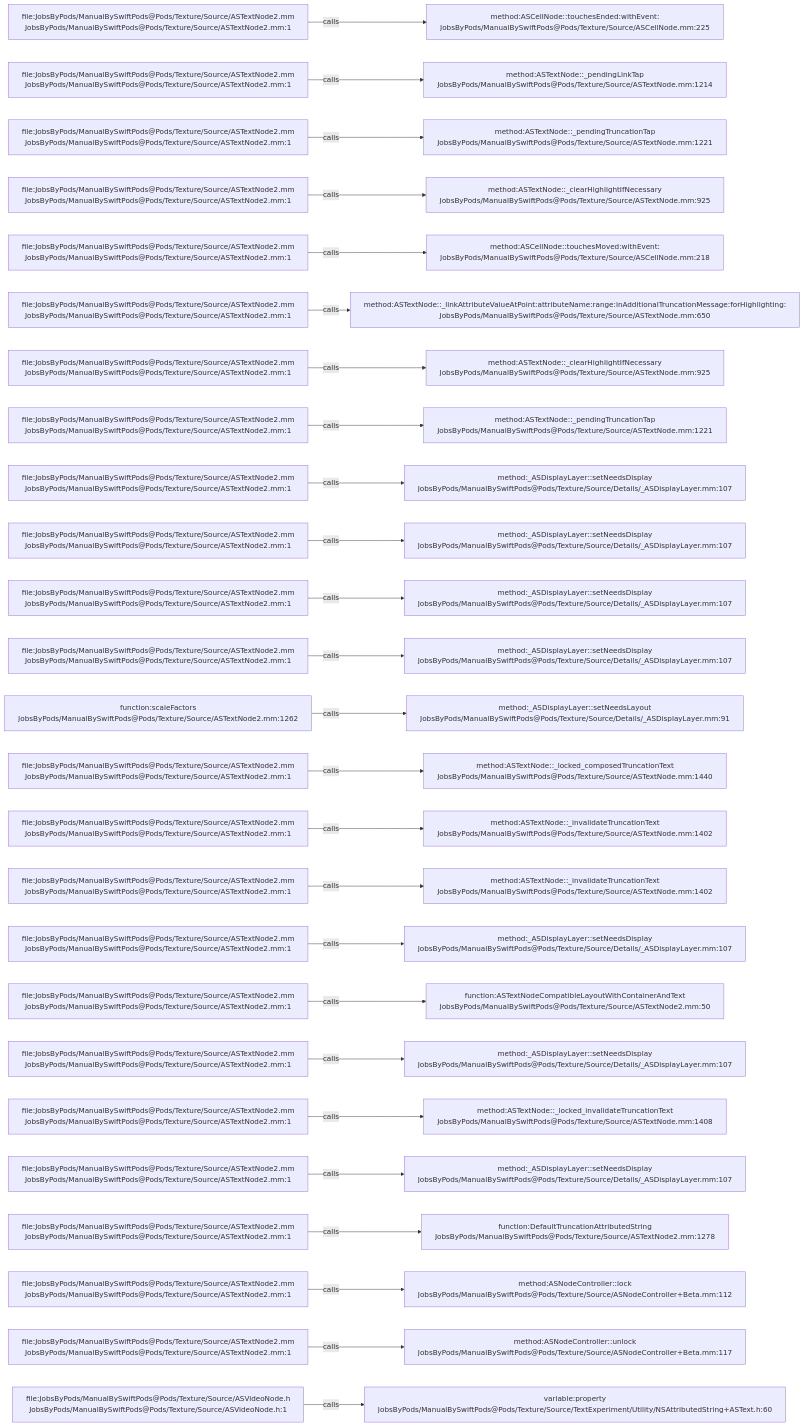
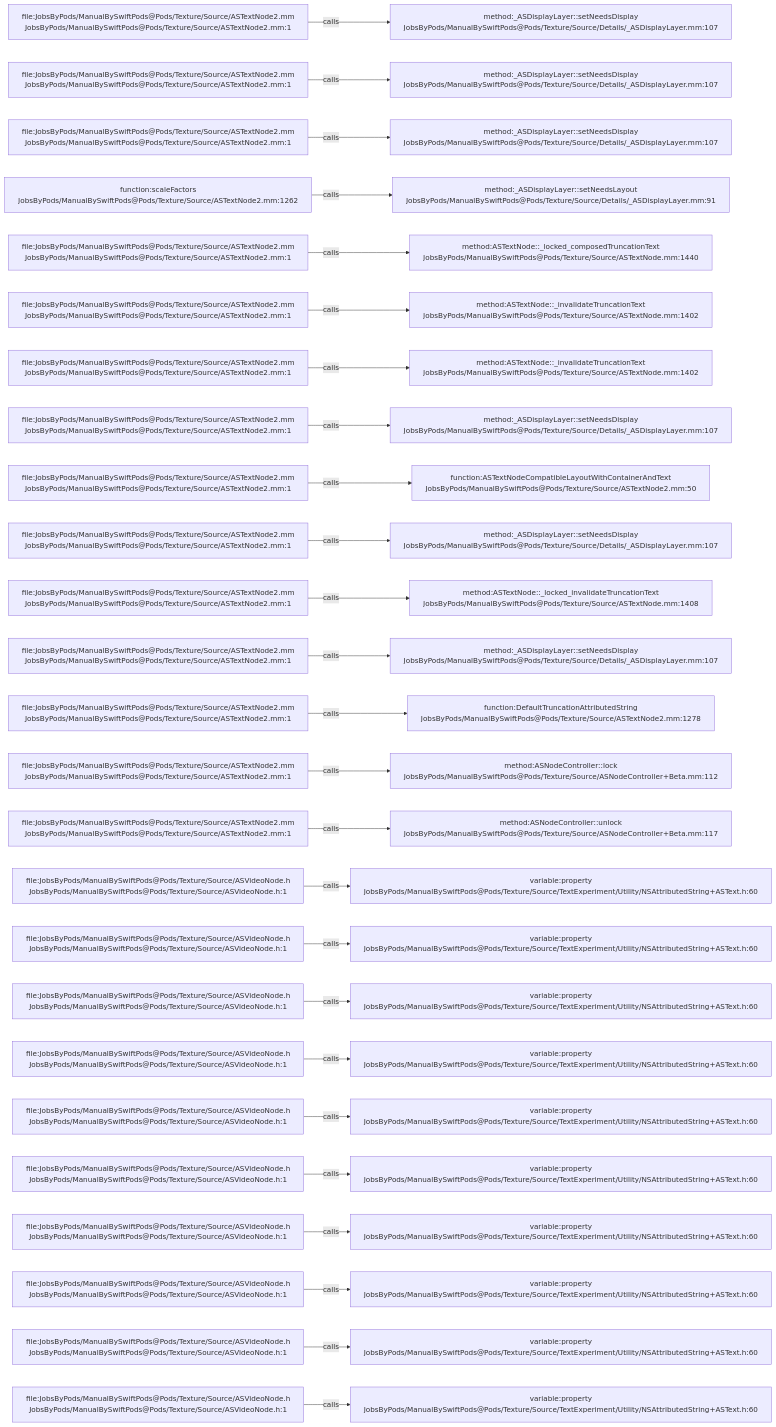
The diagram in .codegraph/codegraph.md/graphs/calls-073.md (JobsKits/JobsSwiftBaseConfigDemo), drawn with Mermaid before and after one commit. The commit also changed 707 other files, not shown here.

````diff
--- a/.codegraph/codegraph.md/graphs/calls-073.md
+++ b/.codegraph/codegraph.md/graphs/calls-073.md
@@ -13,78 +13,78 @@
 ```mermaid
 flowchart LR
   S1["file:JobsByPods/ManualBySwiftPods@Pods/Texture/Source/ASTextNode2.mm<br/>JobsByPods/ManualBySwiftPods@Pods/Texture/Source/ASTextNode2.mm:1"]
-  T1["method:ASCellNode::touchesEnded:withEvent:<br/>JobsByPods/ManualBySwiftPods@Pods/Texture/Source/ASCellNode.mm:225"]
+  T1["method:_ASDisplayLayer::setNeedsDisplay<br/>JobsByPods/ManualBySwiftPods@Pods/Texture/Source/Details/_ASDisplayLayer.mm:107"]
   S1 -->|calls| T1
   S2["file:JobsByPods/ManualBySwiftPods@Pods/Texture/Source/ASTextNode2.mm<br/>JobsByPods/ManualBySwiftPods@Pods/Texture/Source/ASTextNode2.mm:1"]
-  T2["method:ASTextNode::_pendingLinkTap<br/>JobsByPods/ManualBySwiftPods@Pods/Texture/Source/ASTextNode.mm:1214"]
+  T2["method:_ASDisplayLayer::setNeedsDisplay<br/>JobsByPods/ManualBySwiftPods@Pods/Texture/Source/Details/_ASDisplayLayer.mm:107"]
   S2 -->|calls| T2
   S3["file:JobsByPods/ManualBySwiftPods@Pods/Texture/Source/ASTextNode2.mm<br/>JobsByPods/ManualBySwiftPods@Pods/Texture/Source/ASTextNode2.mm:1"]
-  T3["method:ASTextNode::_pendingTruncationTap<br/>JobsByPods/ManualBySwiftPods@Pods/Texture/Source/ASTextNode.mm:1221"]
+  T3["method:_ASDisplayLayer::setNeedsDisplay<br/>JobsByPods/ManualBySwiftPods@Pods/Texture/Source/Details/_ASDisplayLayer.mm:107"]
   S3 -->|calls| T3
-  S4["file:JobsByPods/ManualBySwiftPods@Pods/Texture/Source/ASTextNode2.mm<br/>JobsByPods/ManualBySwiftPods@Pods/Texture/Source/ASTextNode2.mm:1"]
-  T4["method:ASTextNode::_clearHighlightIfNecessary<br/>JobsByPods/ManualBySwiftPods@Pods/Texture/Source/ASTextNode.mm:925"]
+  S4["function:scaleFactors<br/>JobsByPods/ManualBySwiftPods@Pods/Texture/Source/ASTextNode2.mm:1262"]
+  T4["method:_ASDisplayLayer::setNeedsLayout<br/>JobsByPods/ManualBySwiftPods@Pods/Texture/Source/Details/_ASDisplayLayer.mm:91"]
   S4 -->|calls| T4
   S5["file:JobsByPods/ManualBySwiftPods@Pods/Texture/Source/ASTextNode2.mm<br/>JobsByPods/ManualBySwiftPods@Pods/Texture/Source/ASTextNode2.mm:1"]
-  T5["method:ASCellNode::touchesMoved:withEvent:<br/>JobsByPods/ManualBySwiftPods@Pods/Texture/Source/ASCellNode.mm:218"]
+  T5["method:ASTextNode::_locked_composedTruncationText<br/>JobsByPods/ManualBySwiftPods@Pods/Texture/Source/ASTextNode.mm:1440"]
   S5 -->|calls| T5
   S6["file:JobsByPods/ManualBySwiftPods@Pods/Texture/Source/ASTextNode2.mm<br/>JobsByPods/ManualBySwiftPods@Pods/Texture/Source/ASTextNode2.mm:1"]
-  T6["method:ASTextNode::_linkAttributeValueAtPoint:attributeName:range:inAdditionalTruncationMessage:forHighlighting:<br/>JobsByPods/ManualBySwiftPods@Pods/Texture/Source/ASTextNode.mm:650"]
+  T6["method:ASTextNode::_invalidateTruncationText<br/>JobsByPods/ManualBySwiftPods@Pods/Texture/Source/ASTextNode.mm:1402"]
   S6 -->|calls| T6
   S7["file:JobsByPods/ManualBySwiftPods@Pods/Texture/Source/ASTextNode2.mm<br/>JobsByPods/ManualBySwiftPods@Pods/Texture/Source/ASTextNode2.mm:1"]
-  T7["method:ASTextNode::_clearHighlightIfNecessary<br/>JobsByPods/ManualBySwiftPods@Pods/Texture/Source/ASTextNode.mm:925"]
+  T7["method:ASTextNode::_invalidateTruncationText<br/>JobsByPods/ManualBySwiftPods@Pods/Texture/Source/ASTextNode.mm:1402"]
   S7 -->|calls| T7
   S8["file:JobsByPods/ManualBySwiftPods@Pods/Texture/Source/ASTextNode2.mm<br/>JobsByPods/ManualBySwiftPods@Pods/Texture/Source/ASTextNode2.mm:1"]
-  T8["method:ASTextNode::_pendingTruncationTap<br/>JobsByPods/ManualBySwiftPods@Pods/Texture/Source/ASTextNode.mm:1221"]
+  T8["method:_ASDisplayLayer::setNeedsDisplay<br/>JobsByPods/ManualBySwiftPods@Pods/Texture/Source/Details/_ASDisplayLayer.mm:107"]
   S8 -->|calls| T8
   S9["file:JobsByPods/ManualBySwiftPods@Pods/Texture/Source/ASTextNode2.mm<br/>JobsByPods/ManualBySwiftPods@Pods/Texture/Source/ASTextNode2.mm:1"]
-  T9["method:_ASDisplayLayer::setNeedsDisplay<br/>JobsByPods/ManualBySwiftPods@Pods/Texture/Source/Details/_ASDisplayLayer.mm:107"]
+  T9["function:ASTextNodeCompatibleLayoutWithContainerAndText<br/>JobsByPods/ManualBySwiftPods@Pods/Texture/Source/ASTextNode2.mm:50"]
   S9 -->|calls| T9
   S10["file:JobsByPods/ManualBySwiftPods@Pods/Texture/Source/ASTextNode2.mm<br/>JobsByPods/ManualBySwiftPods@Pods/Texture/Source/ASTextNode2.mm:1"]
   T10["method:_ASDisplayLayer::setNeedsDisplay<br/>JobsByPods/ManualBySwiftPods@Pods/Texture/Source/Details/_ASDisplayLayer.mm:107"]
   S10 -->|calls| T10
   S11["file:JobsByPods/ManualBySwiftPods@Pods/Texture/Source/ASTextNode2.mm<br/>JobsByPods/ManualBySwiftPods@Pods/Texture/Source/ASTextNode2.mm:1"]
-  T11["method:_ASDisplayLayer::setNeedsDisplay<br/>JobsByPods/ManualBySwiftPods@Pods/Texture/Source/Details/_ASDisplayLayer.mm:107"]
+  T11["method:ASTextNode::_locked_invalidateTruncationText<br/>JobsByPods/ManualBySwiftPods@Pods/Texture/Source/ASTextNode.mm:1408"]
   S11 -->|calls| T11
   S12["file:JobsByPods/ManualBySwiftPods@Pods/Texture/Source/ASTextNode2.mm<br/>JobsByPods/ManualBySwiftPods@Pods/Texture/Source/ASTextNode2.mm:1"]
   T12["method:_ASDisplayLayer::setNeedsDisplay<br/>JobsByPods/ManualBySwiftPods@Pods/Texture/Source/Details/_ASDisplayLayer.mm:107"]
   S12 -->|calls| T12
-  S13["function:scaleFactors<br/>JobsByPods/ManualBySwiftPods@Pods/Texture/Source/ASTextNode2.mm:1262"]
-  T13["method:_ASDisplayLayer::setNeedsLayout<br/>JobsByPods/ManualBySwiftPods@Pods/Texture/Source/Details/_ASDisplayLayer.mm:91"]
+  S13["file:JobsByPods/ManualBySwiftPods@Pods/Texture/Source/ASTextNode2.mm<br/>JobsByPods/ManualBySwiftPods@Pods/Texture/Source/ASTextNode2.mm:1"]
+  T13["function:DefaultTruncationAttributedString<br/>JobsByPods/ManualBySwiftPods@Pods/Texture/Source/ASTextNode2.mm:1278"]
   S13 -->|calls| T13
   S14["file:JobsByPods/ManualBySwiftPods@Pods/Texture/Source/ASTextNode2.mm<br/>JobsByPods/ManualBySwiftPods@Pods/Texture/Source/ASTextNode2.mm:1"]
-  T14["method:ASTextNode::_locked_composedTruncationText<br/>JobsByPods/ManualBySwiftPods@Pods/Texture/Source/ASTextNode.mm:1440"]
+  T14["method:ASNodeController::lock<br/>JobsByPods/ManualBySwiftPods@Pods/Texture/Source/ASNodeController+Beta.mm:112"]
   S14 -->|calls| T14
   S15["file:JobsByPods/ManualBySwiftPods@Pods/Texture/Source/ASTextNode2.mm<br/>JobsByPods/ManualBySwiftPods@Pods/Texture/Source/ASTextNode2.mm:1"]
-  T15["method:ASTextNode::_invalidateTruncationText<br/>JobsByPods/ManualBySwiftPods@Pods/Texture/Source/ASTextNode.mm:1402"]
+  T15["method:ASNodeController::unlock<br/>JobsByPods/ManualBySwiftPods@Pods/Texture/Source/ASNodeController+Beta.mm:117"]
   S15 -->|calls| T15
-  S16["file:JobsByPods/ManualBySwiftPods@Pods/Texture/Source/ASTextNode2.mm<br/>JobsByPods/ManualBySwiftPods@Pods/Texture/Source/ASTextNode2.mm:1"]
-  T16["method:ASTextNode::_invalidateTruncationText<br/>JobsByPods/ManualBySwiftPods@Pods/Texture/Source/ASTextNode.mm:1402"]
+  S16["file:JobsByPods/ManualBySwiftPods@Pods/Texture/Source/ASVideoNode.h<br/>JobsByPods/ManualBySwiftPods@Pods/Texture/Source/ASVideoNode.h:1"]
+  T16["variable:property<br/>JobsByPods/ManualBySwiftPods@Pods/Texture/Source/TextExperiment/Utility/NSAttributedString+ASText.h:60"]
   S16 -->|calls| T16
-  S17["file:JobsByPods/ManualBySwiftPods@Pods/Texture/Source/ASTextNode2.mm<br/>JobsByPods/ManualBySwiftPods@Pods/Texture/Source/ASTextNode2.mm:1"]
-  T17["method:_ASDisplayLayer::setNeedsDisplay<br/>JobsByPods/ManualBySwiftPods@Pods/Texture/Source/Details/_ASDisplayLayer.mm:107"]
+  S17["file:JobsByPods/ManualBySwiftPods@Pods/Texture/Source/ASVideoNode.h<br/>JobsByPods/ManualBySwiftPods@Pods/Texture/Source/ASVideoNode.h:1"]
+  T17["variable:property<br/>JobsByPods/ManualBySwiftPods@Pods/Texture/Source/TextExperiment/Utility/NSAttributedString+ASText.h:60"]
   S17 -->|calls| T17
-  S18["file:JobsByPods/ManualBySwiftPods@Pods/Texture/Source/ASTextNode2.mm<br/>JobsByPods/ManualBySwiftPods@Pods/Texture/Source/ASTextNode2.mm:1"]
-  T18["function:ASTextNodeCompatibleLayoutWithContainerAndText<br/>JobsByPods/ManualBySwiftPods@Pods/Texture/Source/ASTextNode2.mm:50"]
+  S18["file:JobsByPods/ManualBySwiftPods@Pods/Texture/Source/ASVideoNode.h<br/>JobsByPods/ManualBySwiftPods@Pods/Texture/Source/ASVideoNode.h:1"]
+  T18["variable:property<br/>JobsByPods/ManualBySwiftPods@Pods/Texture/Source/TextExperiment/Utility/NSAttributedString+ASText.h:60"]
   S18 -->|calls| T18
-  S19["file:JobsByPods/ManualBySwiftPods@Pods/Texture/Source/ASTextNode2.mm<br/>JobsByPods/ManualBySwiftPods@Pods/Texture/Source/ASTextNode2.mm:1"]
-  T19["method:_ASDisplayLayer::setNeedsDisplay<br/>JobsByPods/ManualBySwiftPods@Pods/Texture/Source/Details/_ASDisplayLayer.mm:107"]
+  S19["file:JobsByPods/ManualBySwiftPods@Pods/Texture/Source/ASVideoNode.h<br/>JobsByPods/ManualBySwiftPods@Pods/Texture/Source/ASVideoNode.h:1"]
+  T19["variable:property<br/>JobsByPods/ManualBySwiftPods@Pods/Texture/Source/TextExperiment/Utility/NSAttributedString+ASText.h:60"]
   S19 -->|calls| T19
-  S20["file:JobsByPods/ManualBySwiftPods@Pods/Texture/Source/ASTextNode2.mm<br/>JobsByPods/ManualBySwiftPods@Pods/Texture/Source/ASTextNode2.mm:1"]
-  T20["method:ASTextNode::_locked_invalidateTruncationText<br/>JobsByPods/ManualBySwiftPods@Pods/Texture/Source/ASTextNode.mm:1408"]
+  S20["file:JobsByPods/ManualBySwiftPods@Pods/Texture/Source/ASVideoNode.h<br/>JobsByPods/ManualBySwiftPods@Pods/Texture/Source/ASVideoNode.h:1"]
+  T20["variable:property<br/>JobsByPods/ManualBySwiftPods@Pods/Texture/Source/TextExperiment/Utility/NSAttributedString+ASText.h:60"]
   S20 -->|calls| T20
-  S21["file:JobsByPods/ManualBySwiftPods@Pods/Texture/Source/ASTextNode2.mm<br/>JobsByPods/ManualBySwiftPods@Pods/Texture/Source/ASTextNode2.mm:1"]
-  T21["method:_ASDisplayLayer::setNeedsDisplay<br/>JobsByPods/ManualBySwiftPods@Pods/Texture/Source/Details/_ASDisplayLayer.mm:107"]
+  S21["file:JobsByPods/ManualBySwiftPods@Pods/Texture/Source/ASVideoNode.h<br/>JobsByPods/ManualBySwiftPods@Pods/Texture/Source/ASVideoNode.h:1"]
+  T21["variable:property<br/>JobsByPods/ManualBySwiftPods@Pods/Texture/Source/TextExperiment/Utility/NSAttributedString+ASText.h:60"]
   S21 -->|calls| T21
-  S22["file:JobsByPods/ManualBySwiftPods@Pods/Texture/Source/ASTextNode2.mm<br/>JobsByPods/ManualBySwiftPods@Pods/Texture/Source/ASTextNode2.mm:1"]
-  T22["function:DefaultTruncationAttributedString<br/>JobsByPods/ManualBySwiftPods@Pods/Texture/Source/ASTextNode2.mm:1278"]
+  S22["file:JobsByPods/ManualBySwiftPods@Pods/Texture/Source/ASVideoNode.h<br/>JobsByPods/ManualBySwiftPods@Pods/Texture/Source/ASVideoNode.h:1"]
+  T22["variable:property<br/>JobsByPods/ManualBySwiftPods@Pods/Texture/Source/TextExperiment/Utility/NSAttributedString+ASText.h:60"]
   S22 -->|calls| T22
-  S23["file:JobsByPods/ManualBySwiftPods@Pods/Texture/Source/ASTextNode2.mm<br/>JobsByPods/ManualBySwiftPods@Pods/Texture/Source/ASTextNode2.mm:1"]
-  T23["method:ASNodeController::lock<br/>JobsByPods/ManualBySwiftPods@Pods/Texture/Source/ASNodeController+Beta.mm:112"]
+  S23["file:JobsByPods/ManualBySwiftPods@Pods/Texture/Source/ASVideoNode.h<br/>JobsByPods/ManualBySwiftPods@Pods/Texture/Source/ASVideoNode.h:1"]
+  T23["variable:property<br/>JobsByPods/ManualBySwiftPods@Pods/Texture/Source/TextExperiment/Utility/NSAttributedString+ASText.h:60"]
   S23 -->|calls| T23
-  S24["file:JobsByPods/ManualBySwiftPods@Pods/Texture/Source/ASTextNode2.mm<br/>JobsByPods/ManualBySwiftPods@Pods/Texture/Source/ASTextNode2.mm:1"]
-  T24["method:ASNodeController::unlock<br/>JobsByPods/ManualBySwiftPods@Pods/Texture/Source/ASNodeController+Beta.mm:117"]
+  S24["file:JobsByPods/ManualBySwiftPods@Pods/Texture/Source/ASVideoNode.h<br/>JobsByPods/ManualBySwiftPods@Pods/Texture/Source/ASVideoNode.h:1"]
+  T24["variable:property<br/>JobsByPods/ManualBySwiftPods@Pods/Texture/Source/TextExperiment/Utility/NSAttributedString+ASText.h:60"]
   S24 -->|calls| T24
   S25["file:JobsByPods/ManualBySwiftPods@Pods/Texture/Source/ASVideoNode.h<br/>JobsByPods/ManualBySwiftPods@Pods/Texture/Source/ASVideoNode.h:1"]
   T25["variable:property<br/>JobsByPods/ManualBySwiftPods@Pods/Texture/Source/TextExperiment/Utility/NSAttributedString+ASText.h:60"]
   S25 -->|calls| T25
 ```
````
